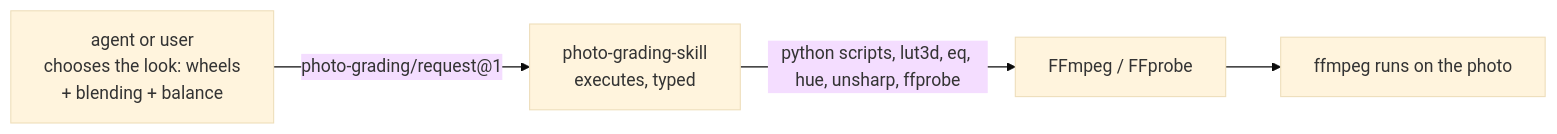
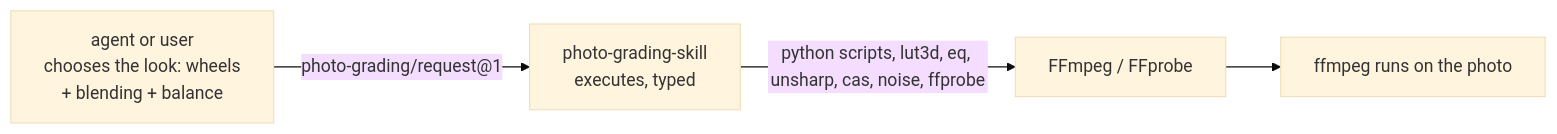
The first of 2 diagrams in README.md (DhruvProgrammer/photo-grading-skill), drawn with Mermaid (base theme) before and after one commit. The commit also changed other lines of this file and 3 other files, not shown here.

Commit message:
docs: 1.5/10 audit root causes (knowledge sec. 21), 16-bit DAG architecture, inspect/vibrance/clarity in README and SKILL

````diff
--- a/README.md
+++ b/README.md
@@ -105,6 +105,6 @@
 ```mermaid
 flowchart LR
     A["agent or user\nchooses the look: wheels\n+ blending + balance"] -->|"photo-grading/request@1"| B["photo-grading-skill\nexecutes, typed"]
-    B -->|"python scripts, lut3d, eq, hue, unsharp, ffprobe"| C["FFmpeg / FFprobe"]
+    B -->|"python scripts, lut3d, eq, unsharp, cas, noise, ffprobe"| C["FFmpeg / FFprobe"]
     C --> D["ffmpeg runs on the photo"]
 ```
````
